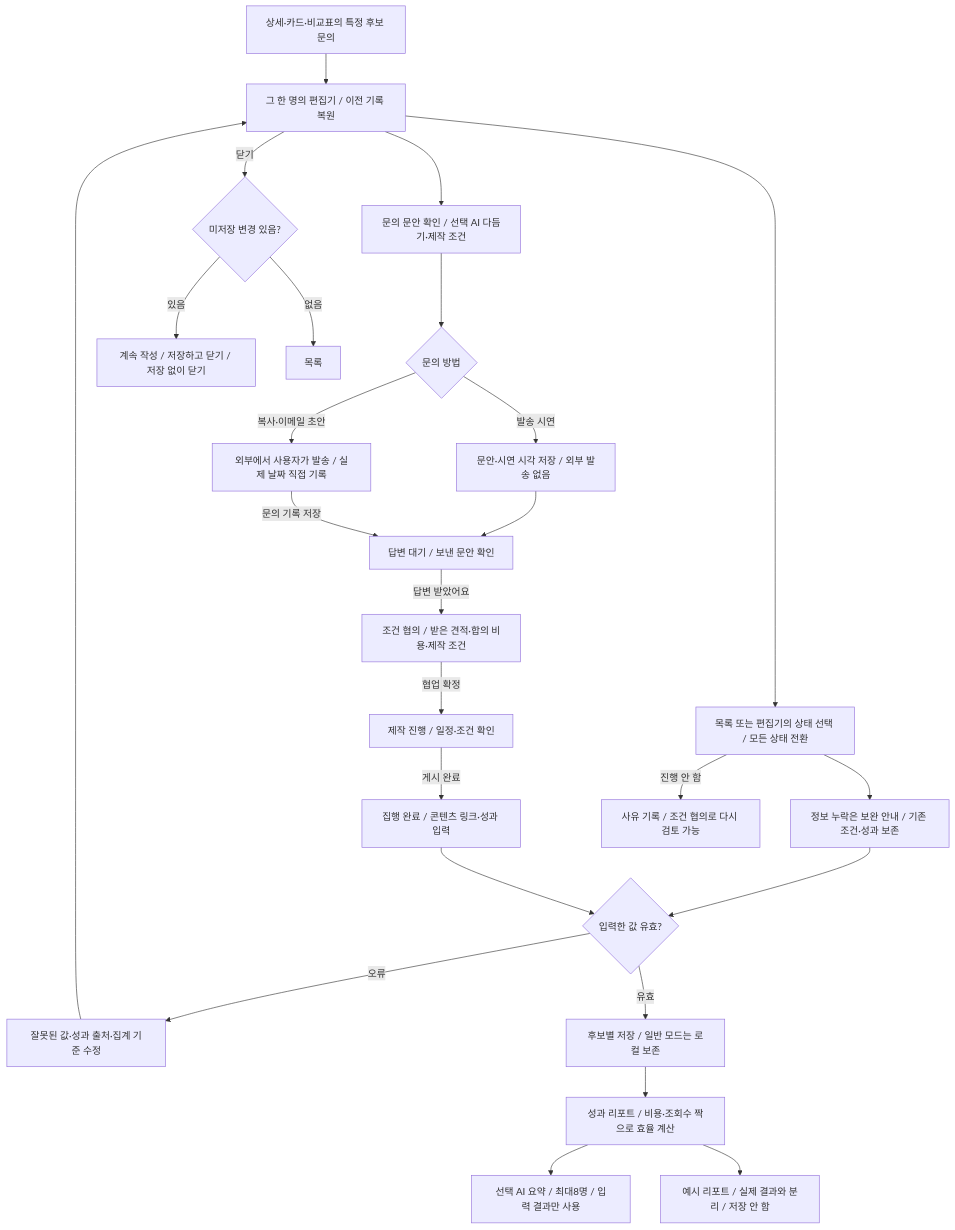
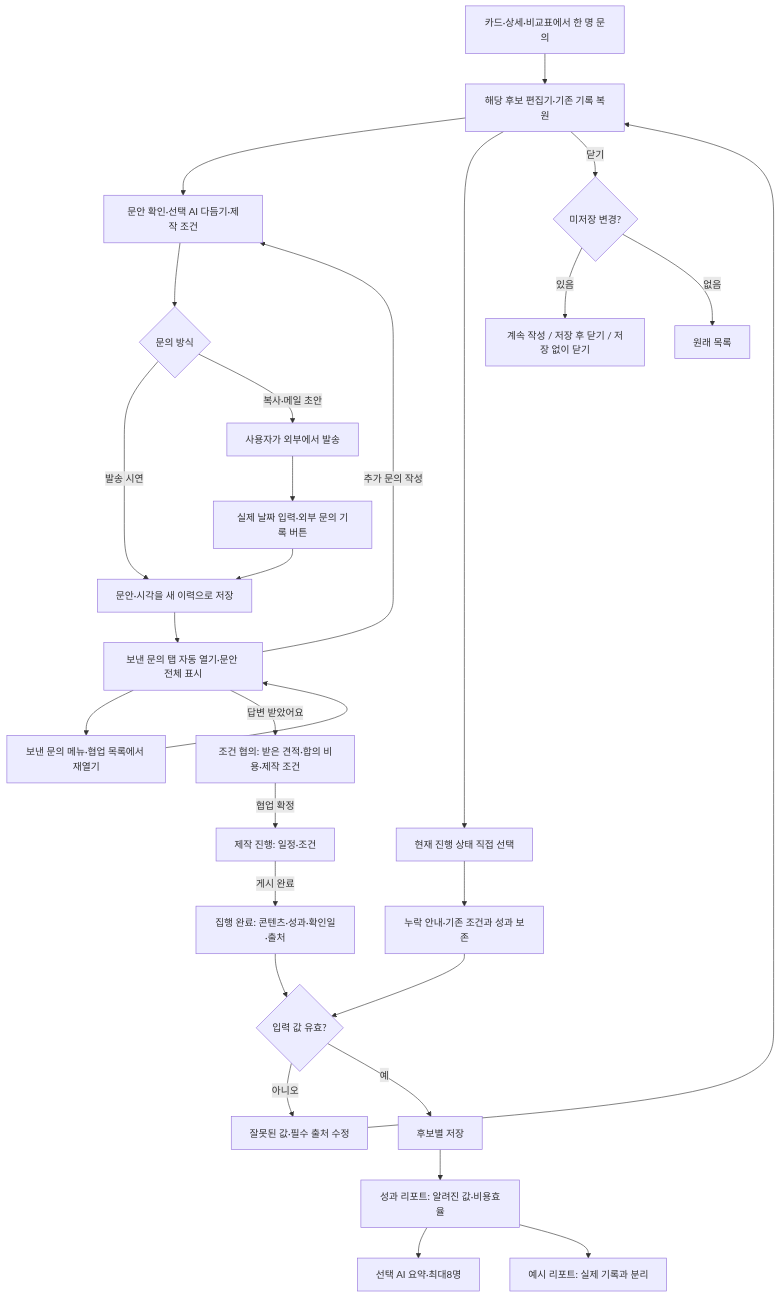
The second of 3 diagrams in flowchart.md (vk2commits/creator-match), drawn with Mermaid before and after one commit. The commit also changed other lines of this file and 7 other files, not shown here.

Commit message:
docs: align campaign-first UX with verified flows and review criteria

````diff
--- a/flowchart.md
+++ b/flowchart.md
@@ -97,27 +76,30 @@
 ```mermaid
 flowchart TD
-    A["상세·카드·비교표의 특정 후보 문의"] --> B["그 한 명의 편집기 / 이전 기록 복원"]
-    B --> C["문의 문안 확인 / 선택 AI 다듬기·제작 조건"]
-    C --> D{"문의 방법"}
-    D -- 발송 시연 --> E["문안·시연 시각 저장 / 외부 발송 없음"]
-    D -- 복사·이메일 초안 --> F["외부에서 사용자가 발송 / 실제 날짜 직접 기록"]
-    E --> G["답변 대기 / 보낸 문안 확인"]
-    F -- 문의 기록 저장 --> G
-    G -- 답변 받았어요 --> H["조건 협의 / 받은 견적·합의 비용·제작 조건"]
-    H -- 협업 확정 --> I["제작 진행 / 일정·조건 확인"]
-    I -- 게시 완료 --> J["집행 완료 / 콘텐츠 링크·성과 입력"]
-    B --> S["목록 또는 편집기의 상태 선택 / 모든 상태 전환"]
-    S --> M["정보 누락은 보완 안내 / 기존 조건·성과 보존"]
-    M --> V{"입력한 값 유효?"}
+    A["카드·상세·비교표에서 한 명 문의"] --> B["해당 후보 편집기·기존 기록 복원"]
+    B --> C["문안 확인·선택 AI 다듬기·제작 조건"]
+    C --> D{"문의 방식"}
+    D -- 발송 시연 --> E["문안·시각을 새 이력으로 저장"]
+    D -- 복사·메일 초안 --> F["사용자가 외부에서 발송"]
+    F --> FR["실제 날짜 입력·외부 문의 기록 버튼"]
+    FR --> E
+    E --> SH["보낸 문의 탭 자동 열기·문안 전체 표시"]
+    SH --> NAV["보낸 문의 메뉴·협업 목록에서 재열기"]
+    NAV --> SH
+    SH -- 추가 문의 작성 --> C
+    SH -- 답변 받았어요 --> H["조건 협의: 받은 견적·합의 비용·제작 조건"]
+    H -- 협업 확정 --> I["제작 진행: 일정·조건"]
+    I -- 게시 완료 --> J["집행 완료: 콘텐츠·성과·확인일·출처"]
+    B --> S["현재 진행 상태 직접 선택"]
+    S --> M["누락 안내·기존 조건과 성과 보존"]
+    M --> V{"입력 값 유효?"}
     J --> V
-    V -- 오류 --> R["잘못된 값·성과 출처·집계 기준 수정"]
+    V -- 아니오 --> R["잘못된 값·필수 출처 수정"]
     R --> B
-    V -- 유효 --> W["후보별 저장 / 일반 모드는 로컬 보존"]
-    W --> O["성과 리포트 / 비용·조회수 짝으로 효율 계산"]
-    S -- 진행 안 함 --> X["사유 기록 / 조건 협의로 다시 검토 가능"]
-    O --> P["선택 AI 요약 / 최대8명 / 입력 결과만 사용"]
-    O --> Q["예시 리포트 / 실제 결과와 분리 / 저장 안 함"]
-    B -- 닫기 --> U{"미저장 변경 있음?"}
-    U -- 있음 --> Z["계속 작성 / 저장하고 닫기 / 저장 없이 닫기"]
-    U -- 없음 --> L["목록"]
+    V -- 예 --> W["후보별 저장"]
+    W --> O["성과 리포트: 알려진 값·비용효율"]
+    O --> P["선택 AI 요약·최대8명"]
+    O --> Q["예시 리포트: 실제 기록과 분리"]
+    B -- 닫기 --> U{"미저장 변경?"}
+    U -- 있음 --> Z["계속 작성 / 저장 후 닫기 / 저장 없이 닫기"]
+    U -- 없음 --> L["원래 목록"]
 ```
````
